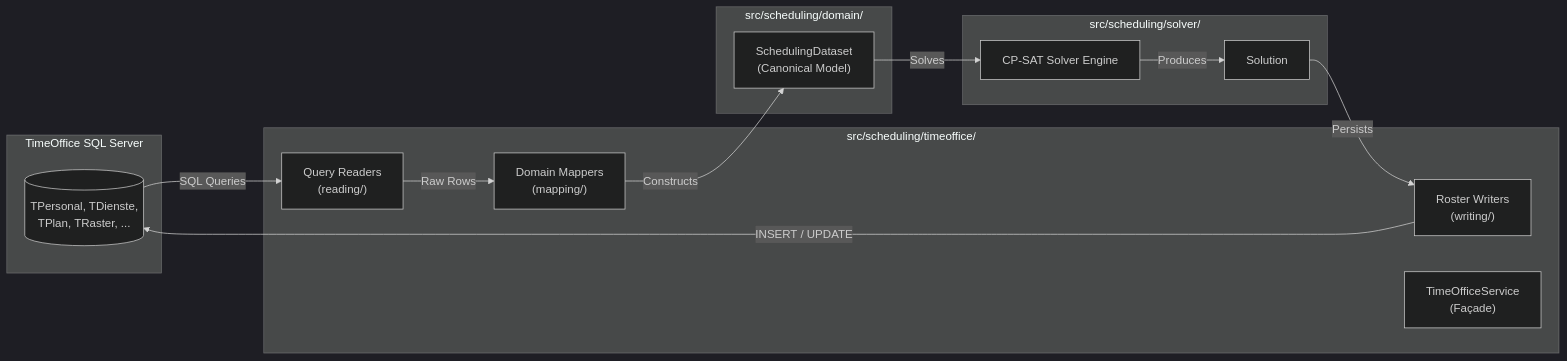
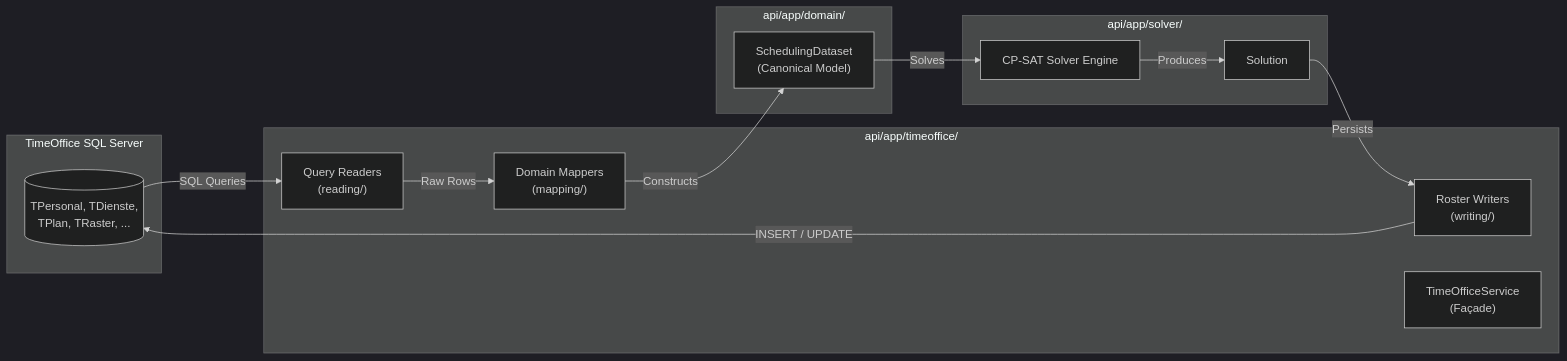
One commit to CombiRWTH/StaffScheduling changed the diagram in docs/developer-view/database-overview/database-connection.md. Above: the diagram before and after it, drawn with Mermaid (dark theme). The commit also changed other lines of this file and 845 other files, not shown here.

````diff
--- a/docs/developer-view/database-overview/database-connection.md
+++ b/docs/developer-view/database-overview/database-connection.md
@@ -11,30 +11,30 @@
 ```mermaid
 flowchart LR
     subgraph TimeOffice["TimeOffice SQL Server"]
         RawDB[("TPersonal, TDienste,<br/>TPlan, TRaster, ...")]
     end
 
-    subgraph TimeOfficeLayer["src/scheduling/timeoffice/"]
+    subgraph TimeOfficeLayer["api/app/timeoffice/"]
         Readers["Query Readers<br/>(reading/)"]
         Mappers["Domain Mappers<br/>(mapping/)"]
         Writers["Roster Writers<br/>(writing/)"]
         Service["TimeOfficeService<br/>(Façade)"]
     end
 
-    subgraph DomainLayer["src/scheduling/domain/"]
+    subgraph DomainLayer["api/app/domain/"]
         Dataset["SchedulingDataset<br/>(Canonical Model)"]
     end
 
-    subgraph SolverLayer["src/scheduling/solver/"]
+    subgraph SolverLayer["api/app/solver/"]
         Solver["CP-SAT Solver Engine"]
         Solution["Solution"]
     end
 
     RawDB -->|SQL Queries| Readers
     Readers -->|Raw Rows| Mappers
     Mappers -->|Constructs| Dataset
     Dataset -->|Solves| Solver
     Solver -->|Produces| Solution
     Solution -->|Persists| Writers
     Writers -->|INSERT / UPDATE| RawDB
 ```
````
